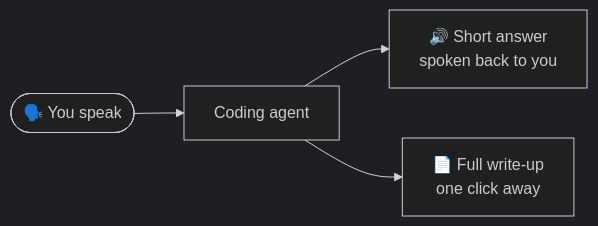
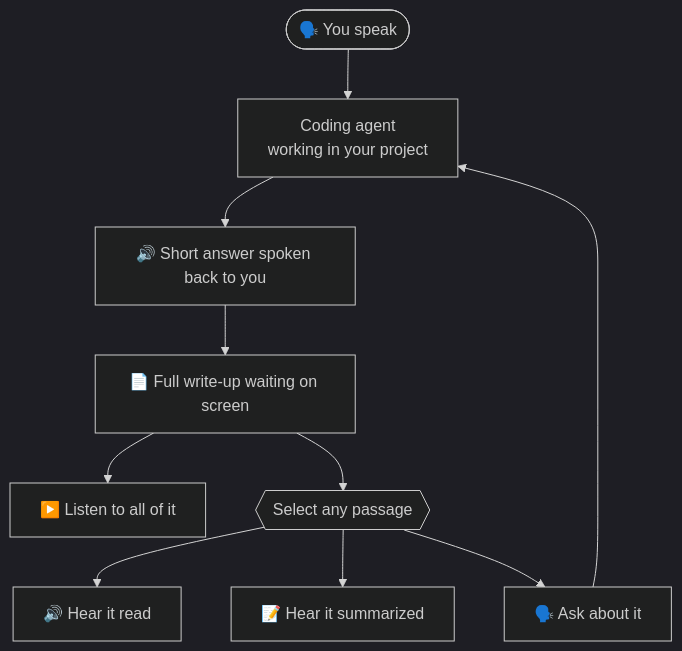
Before and after one commit to mhrlife/nutshell: the diagram in README.md, drawn with Mermaid (dark theme). The commit also changed other lines of this file, not shown here.

First line of the commit message:
docs: lead the README with the problem and fix the diagram

````diff
--- a/README.md
+++ b/README.md
@@ -13,6 +22,12 @@
 ```mermaid
-flowchart LR
-    You([🗣️ You speak]) --> Agent[Coding agent]
-    Agent --> Short[🔊 Short answer<br/>spoken back to you]
-    Agent --> Full[📄 Full write-up<br/>one click away]
+flowchart TD
+    Speak([🗣️ You speak]) --> Agent[Coding agent<br/>working in your project]
+    Agent --> Short[🔊 Short answer spoken back to you]
+    Short --> Full[📄 Full write-up waiting on screen]
+    Full --> Play[▶️ Listen to all of it]
+    Full --> Sel{{Select any passage}}
+    Sel --> Read[🔊 Hear it read]
+    Sel --> Sum[📝 Hear it summarized]
+    Sel --> Ask[🗣️ Ask about it]
+    Ask --> Agent
 ```
````
